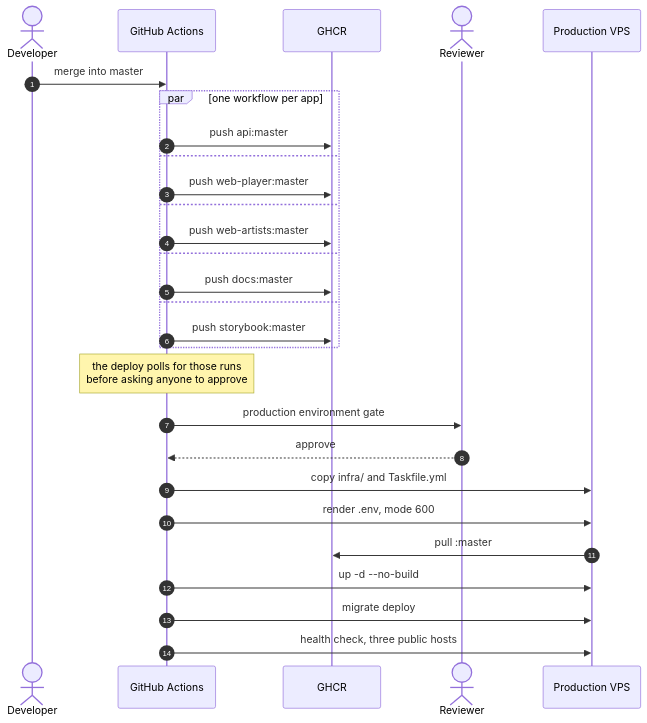
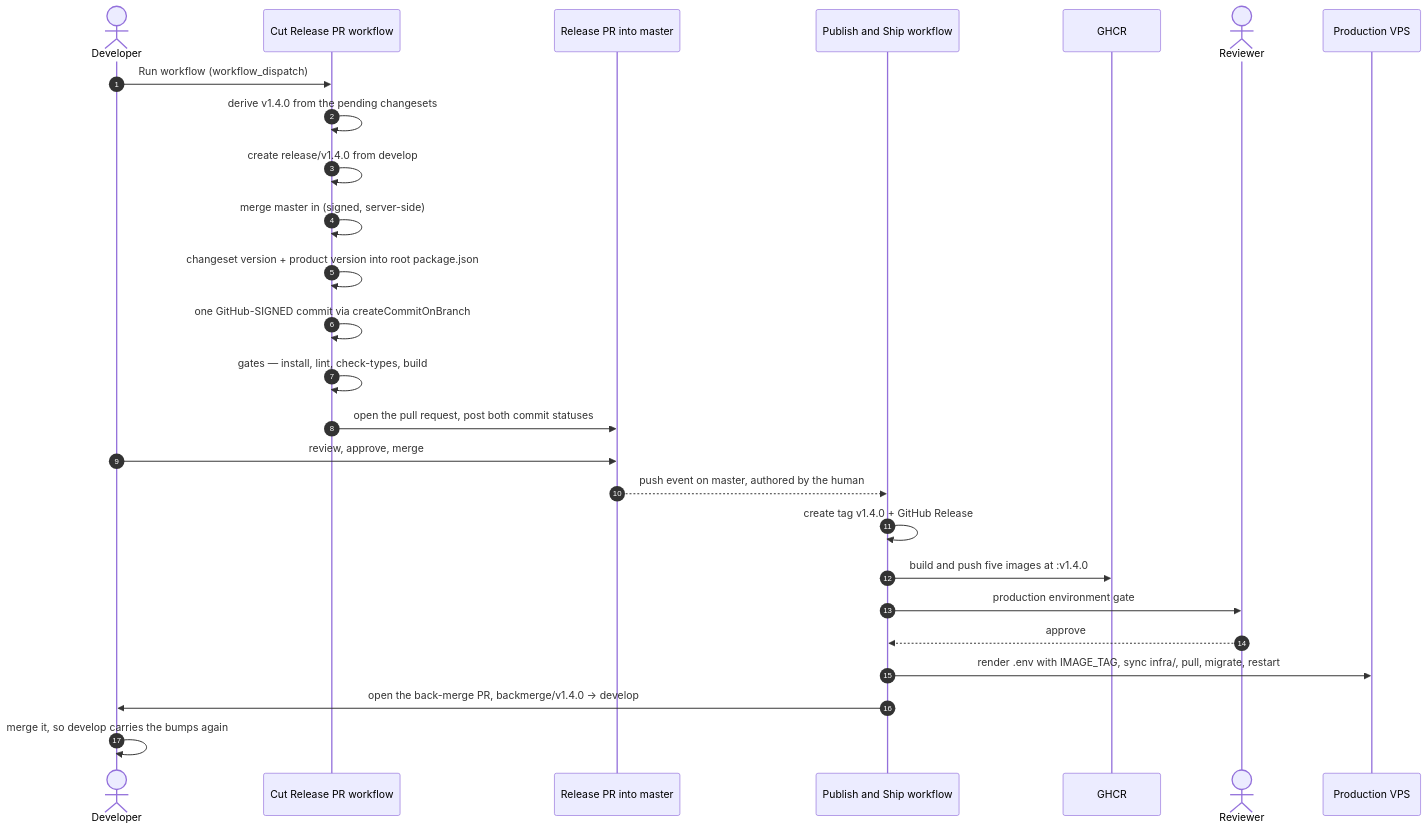
The third of 3 diagrams in apps/docs/docs/infrastructure/deployment.md (Lordpluha/spotify-clone), drawn with Mermaid before and after one commit. The commit also changed other lines of this file and 20 other files, not shown here.

````diff
--- a/apps/docs/docs/infrastructure/deployment.md
+++ b/apps/docs/docs/infrastructure/deployment.md
@@ -365,31 +398,29 @@
 ```mermaid
 sequenceDiagram
     autonumber
     actor dev as Developer
-    participant ci as GitHub Actions
+    participant cut as Cut Release PR workflow
+    participant pr as Release PR into master
+    participant pub as Publish and Ship workflow
     participant ghcr as GHCR
     actor rev as Reviewer
     participant vps as Production VPS
 
-    dev->>ci: merge into master
-    par one workflow per app
-        ci->>ghcr: push api:master
-        and
-        ci->>ghcr: push web-player:master
-        and
-        ci->>ghcr: push web-artists:master
-        and
-        ci->>ghcr: push docs:master
-        and
-        ci->>ghcr: push storybook:master
-    end
-    Note over ci: the deploy polls for those runs<br/>before asking anyone to approve
-    ci->>rev: production environment gate
-    rev-->>ci: approve
-    ci->>vps: copy infra/ and Taskfile.yml
-    ci->>vps: render .env, mode 600
-    vps->>ghcr: pull :master
-    ci->>vps: up -d --no-build
-    ci->>vps: migrate deploy
-    ci->>vps: health check, three public hosts
+    dev->>cut: Run workflow (workflow_dispatch)
+    cut->>cut: derive v1.4.0 from the pending changesets
+    cut->>cut: create release/v1.4.0 from develop
+    cut->>cut: merge master in (signed, server-side)
+    cut->>cut: changeset version + product version into root package.json
+    cut->>cut: one GitHub-SIGNED commit via createCommitOnBranch
+    cut->>cut: gates — install, lint, check-types, build
+    cut->>pr: open the pull request, post both commit statuses
+    dev->>pr: review, approve, merge
+    pr-->>pub: push event on master, authored by the human
+    pub->>pub: create tag v1.4.0 + GitHub Release
+    pub->>ghcr: build and push five images at :v1.4.0
+    pub->>rev: production environment gate
+    rev-->>pub: approve
+    pub->>vps: render .env with IMAGE_TAG, sync infra/, pull, migrate, restart
+    pub->>dev: open the back-merge PR, backmerge/v1.4.0 → develop
+    dev->>dev: merge it, so develop carries the bumps again
 ```
````
